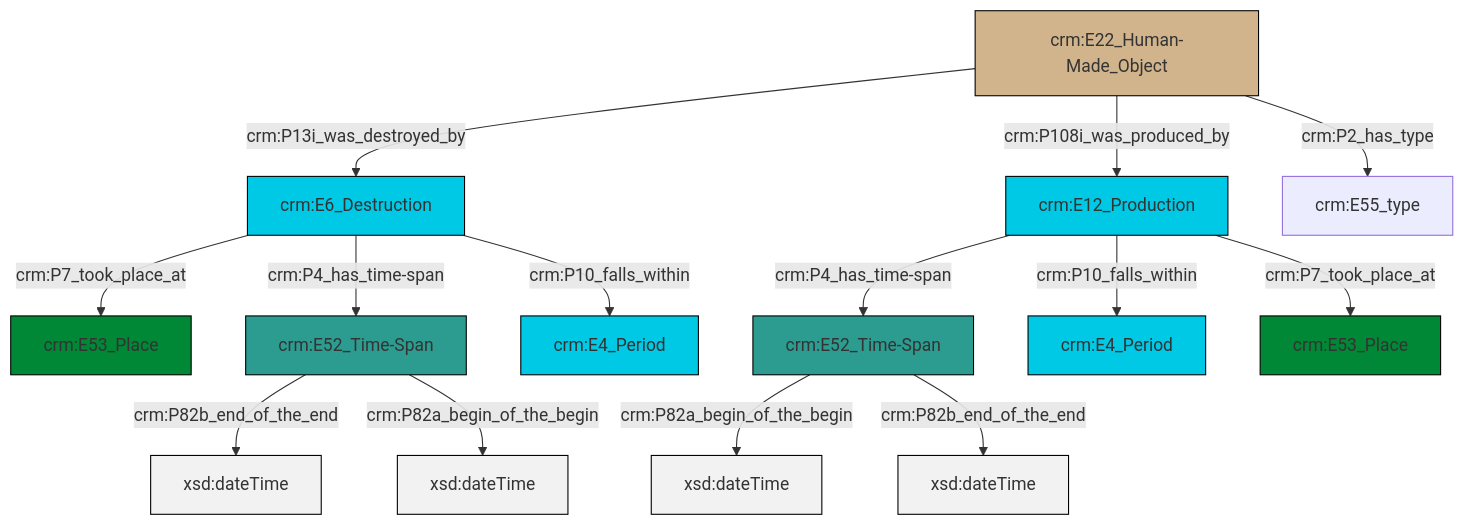
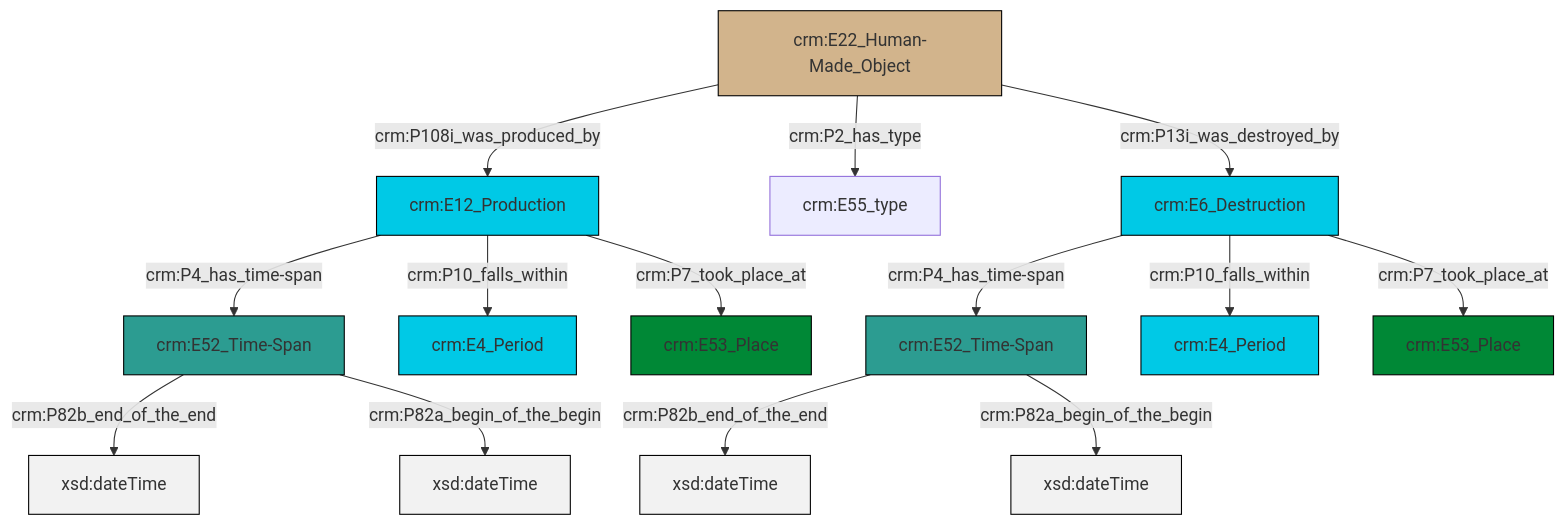
One commit to swiss-art-research-net/docs.swissartresearch changed the diagram in et/artworkCSV/ttl/mmd/Artwork_Existence.ttl.mmd. Above: the diagram before and after it, drawn with Mermaid. The commit also changed 173 other files, not shown here.

```diff
--- a/et/artworkCSV/ttl/mmd/Artwork_Existence.ttl.mmd
+++ b/et/artworkCSV/ttl/mmd/Artwork_Existence.ttl.mmd
@@ -1,28 +1,28 @@
 graph TD
 classDef Literal fill:#f2f2f2,stroke:#000000;
 classDef CRM_Entity fill:#FFFFFF,stroke:#000000;
 classDef Temporal_Entity fill:#00C9E6, stroke:#000000;
 classDef Type fill:#E18312, stroke:#000000;
 classDef Time-Span fill:#2C9C91, stroke:#000000;
 classDef Appellation fill:#FFEB7F, stroke:#000000;
 classDef Place fill:#008836, stroke:#000000;
 classDef Persistent_Item fill:#B266B2, stroke:#000000;
 classDef Conceptual_Object fill:#FFD700, stroke:#000000;
 classDef Physical_Thing fill:#D2B48C, stroke:#000000;
 classDef Actor fill:#f58aad, stroke:#000000;
 classDef PC_Classes fill:#4ce600, stroke:#000000;
 classDef Multi fill:#cccccc,stroke:#000000;
 
-0["crm:E52_Time-Span"]:::Time-Span -->|crm:P82b_end_of_the_end| 1[xsd:dateTime]:::Literal
-2["crm:E22_Human-Made_Object"]:::Physical_Thing -->|crm:P13i_was_destroyed_by| 3["crm:E6_Destruction"]:::Temporal_Entity
-3["crm:E6_Destruction"]:::Temporal_Entity -->|crm:P7_took_place_at| 4["crm:E53_Place"]:::Place
-3["crm:E6_Destruction"]:::Temporal_Entity -->|crm:P4_has_time-span| 0["crm:E52_Time-Span"]:::Time-Span
-5["crm:E12_Production"]:::Temporal_Entity -->|crm:P4_has_time-span| 6["crm:E52_Time-Span"]:::Time-Span
-5["crm:E12_Production"]:::Temporal_Entity -->|crm:P10_falls_within| 7["crm:E4_Period"]:::Temporal_Entity
-3["crm:E6_Destruction"]:::Temporal_Entity -->|crm:P10_falls_within| 10["crm:E4_Period"]:::Temporal_Entity
-2["crm:E22_Human-Made_Object"]:::Physical_Thing -->|crm:P108i_was_produced_by| 5["crm:E12_Production"]:::Temporal_Entity
-6["crm:E52_Time-Span"]:::Time-Span -->|crm:P82a_begin_of_the_begin| 13[xsd:dateTime]:::Literal
-2["crm:E22_Human-Made_Object"]:::Physical_Thing -->|crm:P2_has_type| 11["crm:E55_type"]:::Default
-0["crm:E52_Time-Span"]:::Time-Span -->|crm:P82a_begin_of_the_begin| 16[xsd:dateTime]:::Literal
-5["crm:E12_Production"]:::Temporal_Entity -->|crm:P7_took_place_at| 17["crm:E53_Place"]:::Place
-6["crm:E52_Time-Span"]:::Time-Span -->|crm:P82b_end_of_the_end| 19[xsd:dateTime]:::Literal
+0["crm:E12_Production"]:::Temporal_Entity -->|crm:P4_has_time-span| 1["crm:E52_Time-Span"]:::Time-Span
+2["crm:E52_Time-Span"]:::Time-Span -->|crm:P82b_end_of_the_end| 3[xsd:dateTime]:::Literal
+4["crm:E6_Destruction"]:::Temporal_Entity -->|crm:P4_has_time-span| 2["crm:E52_Time-Span"]:::Time-Span
+1["crm:E52_Time-Span"]:::Time-Span -->|crm:P82b_end_of_the_end| 7[xsd:dateTime]:::Literal
+4["crm:E6_Destruction"]:::Temporal_Entity -->|crm:P10_falls_within| 8["crm:E4_Period"]:::Temporal_Entity
+11["crm:E22_Human-Made_Object"]:::Physical_Thing -->|crm:P108i_was_produced_by| 0["crm:E12_Production"]:::Temporal_Entity
+1["crm:E52_Time-Span"]:::Time-Span -->|crm:P82a_begin_of_the_begin| 12[xsd:dateTime]:::Literal
+0["crm:E12_Production"]:::Temporal_Entity -->|crm:P10_falls_within| 14["crm:E4_Period"]:::Temporal_Entity
+11["crm:E22_Human-Made_Object"]:::Physical_Thing -->|crm:P2_has_type| 9["crm:E55_type"]:::Default
+2["crm:E52_Time-Span"]:::Time-Span -->|crm:P82a_begin_of_the_begin| 18[xsd:dateTime]:::Literal
+4["crm:E6_Destruction"]:::Temporal_Entity -->|crm:P7_took_place_at| 16["crm:E53_Place"]:::Place
+0["crm:E12_Production"]:::Temporal_Entity -->|crm:P7_took_place_at| 20["crm:E53_Place"]:::Place
+11["crm:E22_Human-Made_Object"]:::Physical_Thing -->|crm:P13i_was_destroyed_by| 4["crm:E6_Destruction"]:::Temporal_Entity
```
